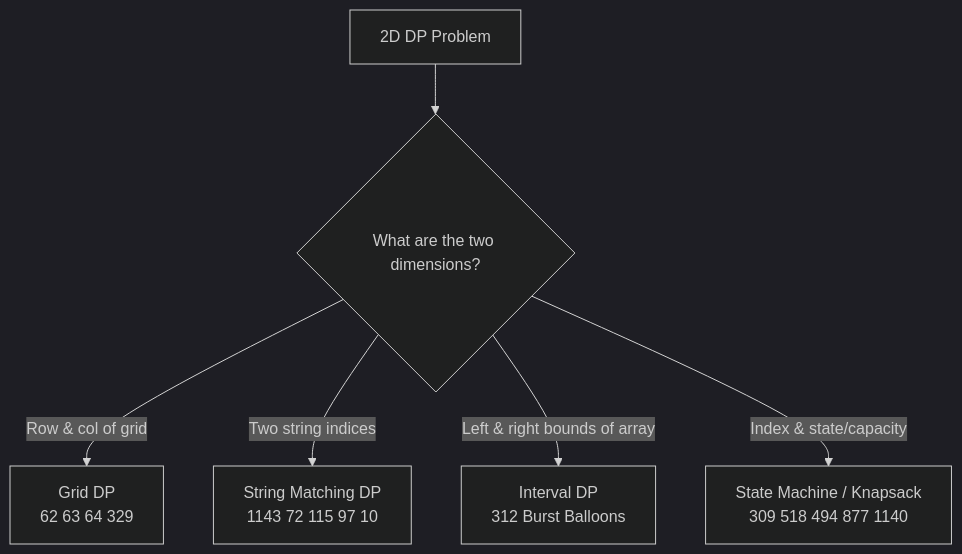
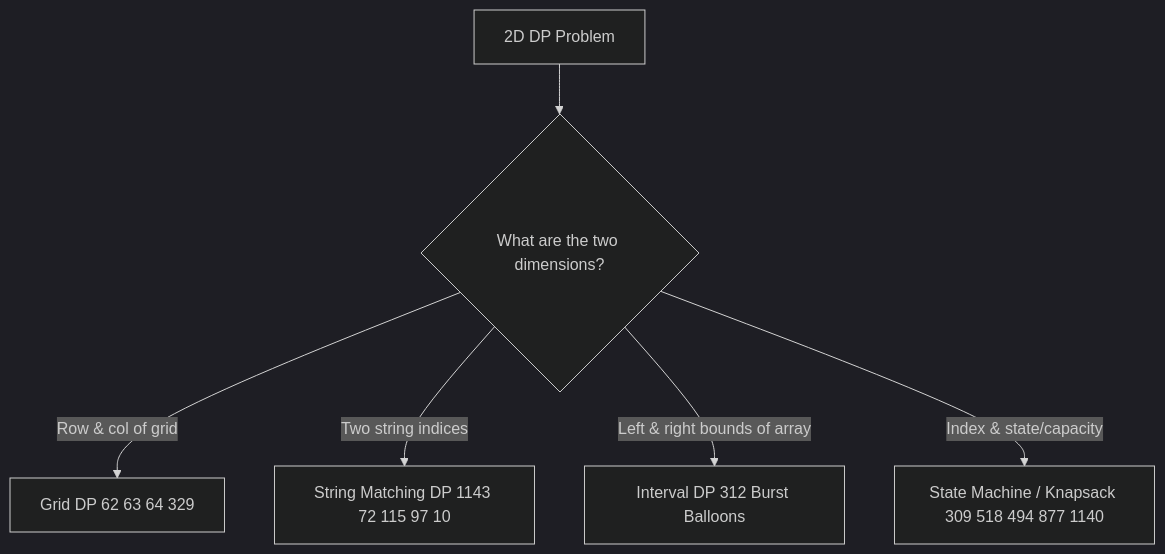
The second of 6 diagrams in 2d_dp/README.md (deepanshu-rawat6/AlgoAtlas), drawn with Mermaid (dark theme) before and after one commit. The commit also changed other lines of this file and 13 other files, not shown here.

````diff
--- a/2d_dp/README.md
+++ b/2d_dp/README.md
@@ -57,8 +57,8 @@
 ```mermaid
 flowchart TD
     A[2D DP Problem] --> B{"What are the two dimensions?"}
-    B -->|Row & col of grid| C[Grid DP<br>62 63 64 329]
-    B -->|Two string indices| D[String Matching DP<br>1143 72 115 97 10]
-    B -->|Left & right bounds of array| E[Interval DP<br>312 Burst Balloons]
-    B -->|Index & state/capacity| F[State Machine / Knapsack<br>309 518 494 877 1140]
+    B -->|Row & col of grid| C[Grid DP 62 63 64 329]
+    B -->|Two string indices| D[String Matching DP 1143 72 115 97 10]
+    B -->|Left & right bounds of array| E[Interval DP 312 Burst Balloons]
+    B -->|Index & state/capacity| F[State Machine / Knapsack 309 518 494 877 1140]
 ```
````
